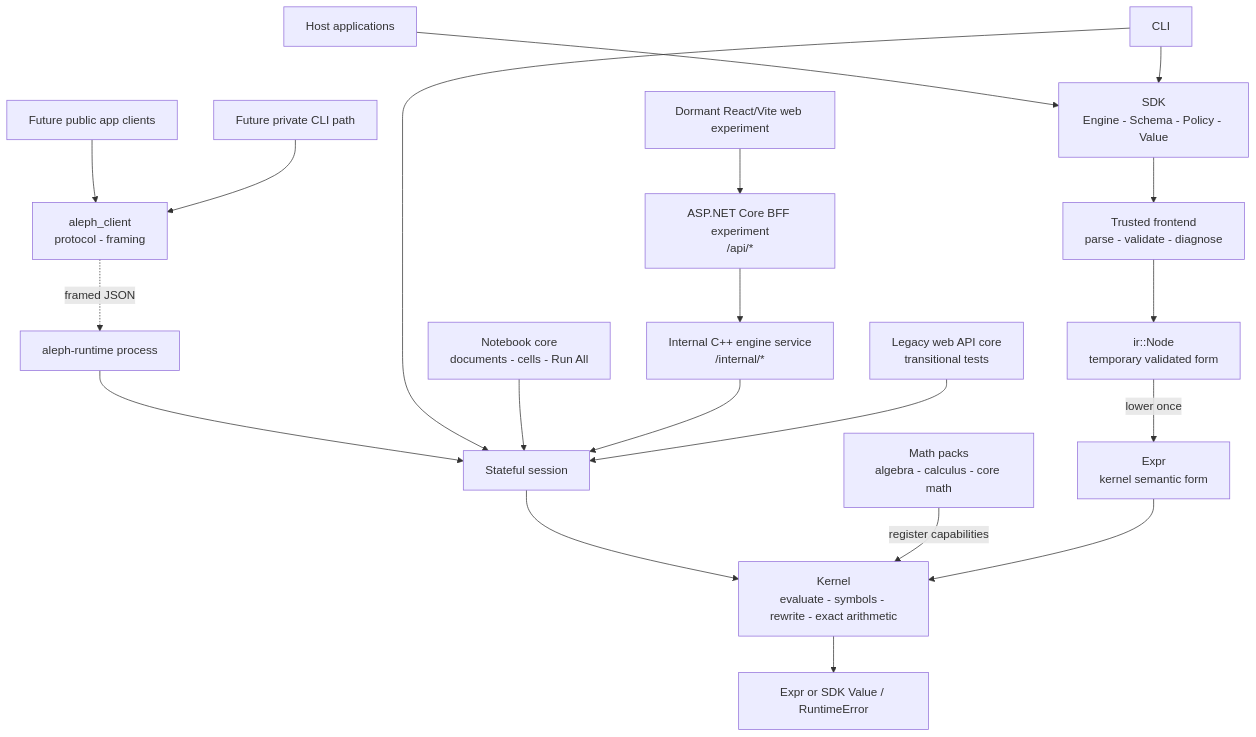
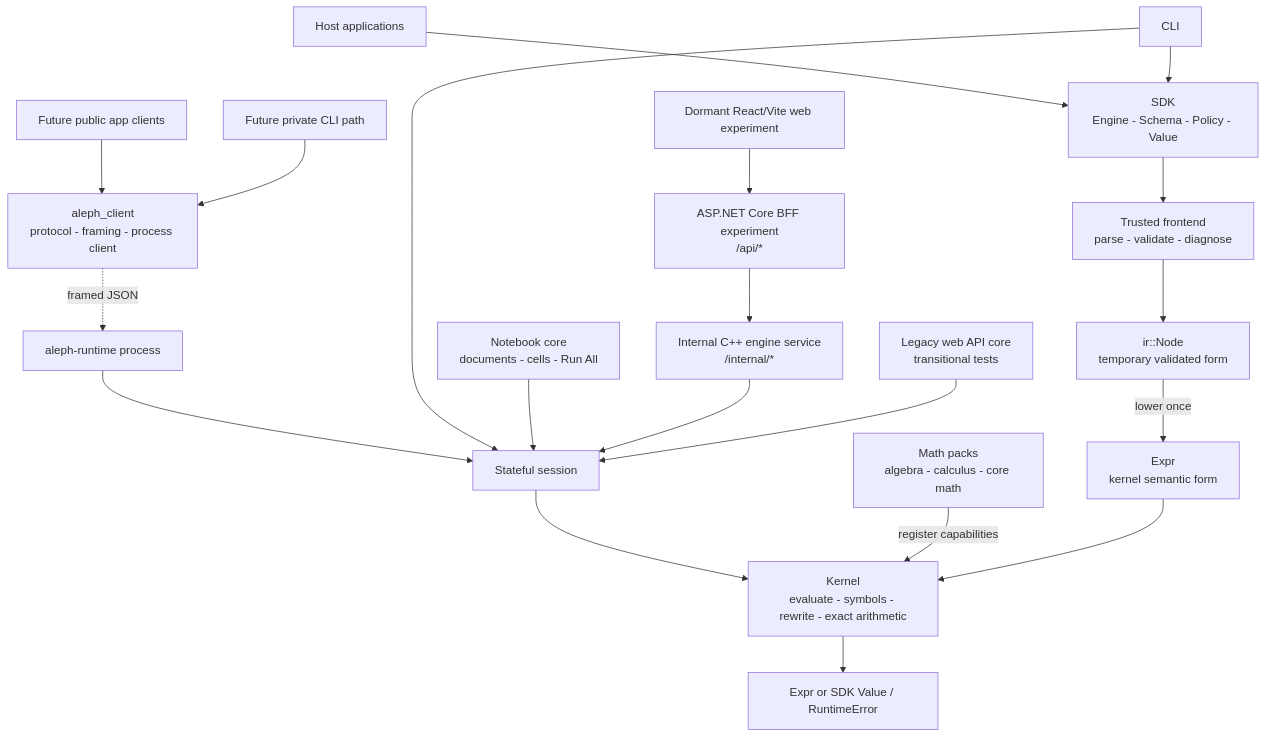
The first of 10 diagrams in docs/architecture.md (sergiorf/aleph3), drawn with Mermaid before and after one commit. The commit also changed other lines of this file and 15 other files, not shown here.

First line of the commit message:
Implement M3 runtime process client

````diff
--- a/docs/architecture.md
+++ b/docs/architecture.md
@@ -20,22 +20,22 @@
 ```mermaid
 flowchart TB
     Host["Host applications"] --> SDK["SDK<br/>Engine - Schema - Policy - Value"]
-    AppClient["Future public app clients"] --> AlephClient["aleph_client<br/>protocol - framing"]
+    AppClient["Future public app clients"] --> AlephClient["aleph_client<br/>protocol - framing - process client"]
     PrivateCLI["Future private CLI path"] --> AlephClient
     AlephClient -. framed JSON .-> RuntimeProcess["aleph-runtime process"]
     RuntimeProcess --> Session
     CLI["CLI"] --> Session["Stateful session"]
     Notebook["Notebook core<br/>documents - cells - Run All"] --> Session
     WebFrontend["Dormant React/Vite web experiment"] --> BFF["ASP.NET Core BFF experiment<br/>/api/*"]
     BFF --> EngineSvc["Internal C++ engine service<br/>/internal/*"]
     EngineSvc --> Session
     WebApi["Legacy web API core<br/>transitional tests"] --> Session
     Session --> Kernel
     CLI --> SDK
     SDK --> Frontend["Trusted frontend<br/>parse - validate - diagnose"]
     Frontend --> IR["ir::Node<br/>temporary validated form"]
     IR -->|lower once| Expr["Expr<br/>kernel semantic form"]
     Packs["Math packs<br/>algebra - calculus - core math"] -->|register capabilities| Kernel
     Expr --> Kernel["Kernel<br/>evaluate - symbols - rewrite - exact arithmetic"]
     Kernel --> Result["Expr or SDK Value / RuntimeError"]
 ```
````
